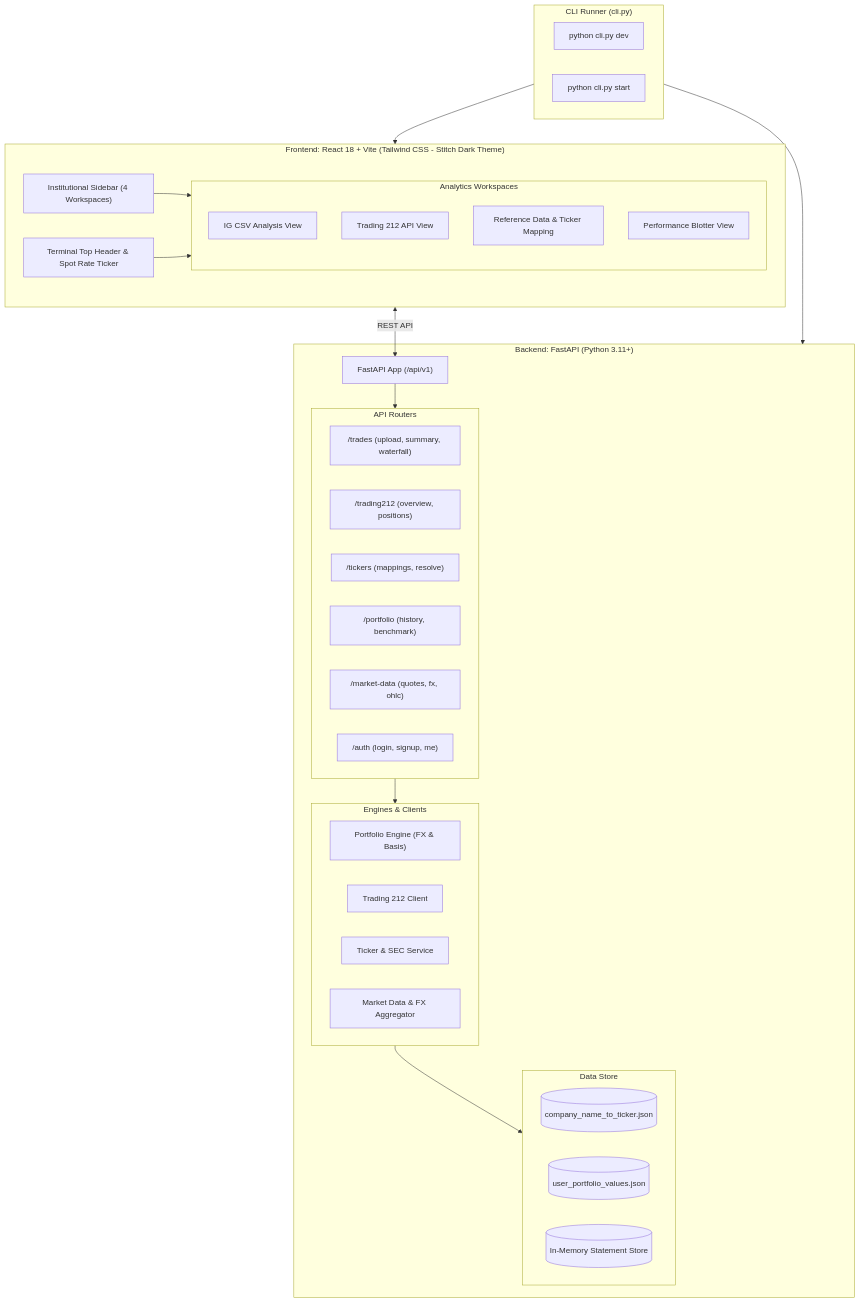
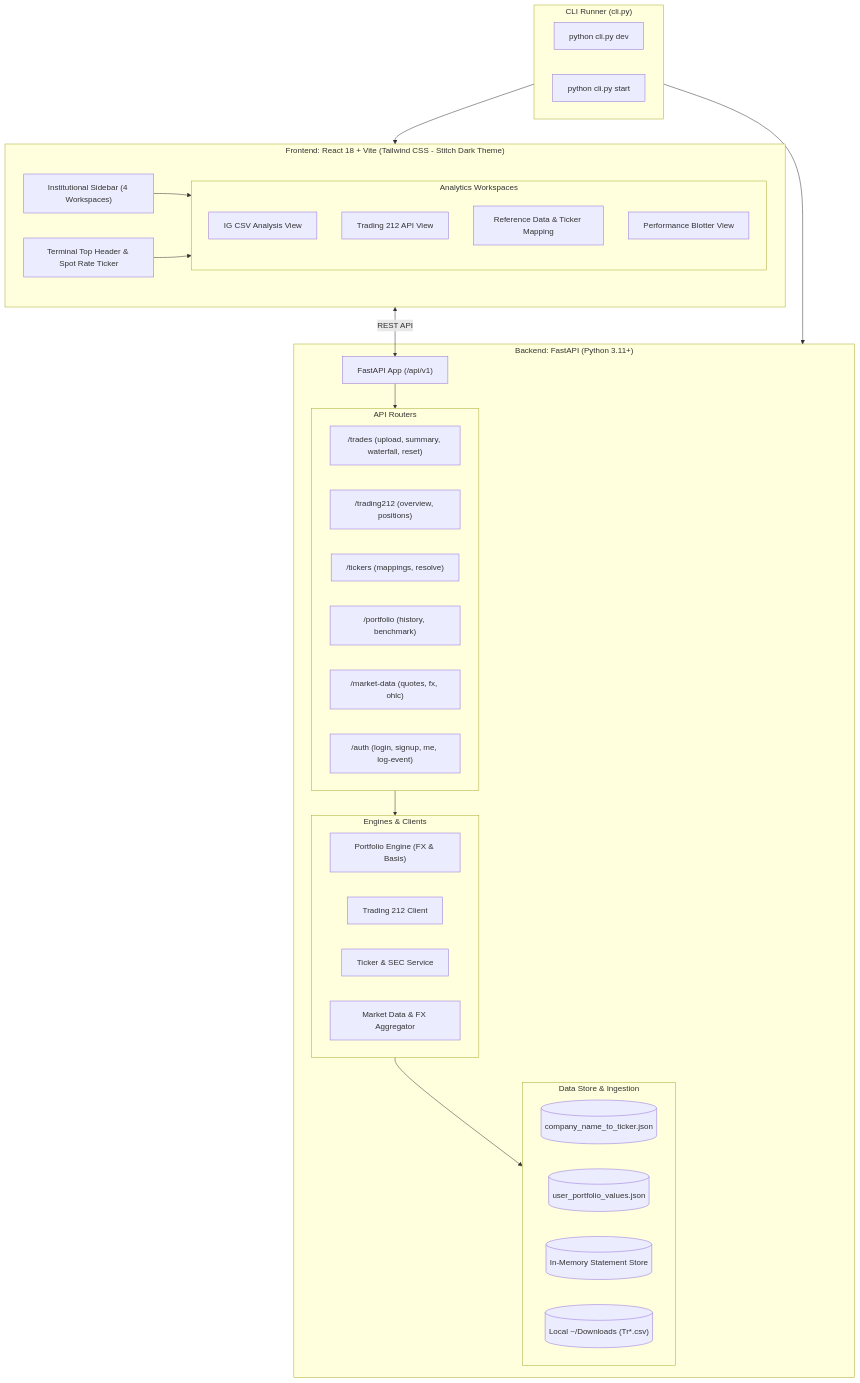
Before and after one commit to kaizhangyahoo/st-my-investment2: the diagram in README.md, drawn with Mermaid. The commit also changed other lines of this file, not shown here.

Commit message:
updated architecture and mention stitich designs

````diff
--- a/README.md
+++ b/README.md
@@ -50,56 +53,57 @@
 ```mermaid
 flowchart TB
     subgraph Client["Frontend: React 18 + Vite (Tailwind CSS - Stitch Dark Theme)"]
         Sidebar["Institutional Sidebar (4 Workspaces)"]
         Header["Terminal Top Header & Spot Rate Ticker"]
         
         subgraph Workspaces["Analytics Workspaces"]
             IGView["IG CSV Analysis View"]
             T212View["Trading 212 API View"]
             RefData["Reference Data & Ticker Mapping"]
             PerfView["Performance Blotter View"]
         end
 
         Sidebar --> Workspaces
         Header --> Workspaces
     end
 
     subgraph CLI["CLI Runner (cli.py)"]
         DevCmd["python cli.py dev"]
         StartCmd["python cli.py start"]
     end
 
     subgraph Server["Backend: FastAPI (Python 3.11+)"]
         API["FastAPI App (/api/v1)"]
         
         subgraph Endpoints["API Routers"]
-            TradesEP["/trades (upload, summary, waterfall)"]
+            TradesEP["/trades (upload, summary, waterfall, reset)"]
             T212EP["/trading212 (overview, positions)"]
             TickersEP["/tickers (mappings, resolve)"]
             PortfolioEP["/portfolio (history, benchmark)"]
             MarketEP["/market-data (quotes, fx, ohlc)"]
-            AuthEP["/auth (login, signup, me)"]
+            AuthEP["/auth (login, signup, me, log-event)"]
         end
 
         subgraph Services["Engines & Clients"]
             Engine["Portfolio Engine (FX & Basis)"]
             T212Svc["Trading 212 Client"]
             TickerSvc["Ticker & SEC Service"]
             MarketSvc["Market Data & FX Aggregator"]
         end
 
-        subgraph Storage["Data Store"]
+        subgraph Storage["Data Store & Ingestion"]
             JSONMap[("company_name_to_ticker.json")]
             JSONValues[("user_portfolio_values.json")]
             MemStore[("In-Memory Statement Store")]
+            LocalDownloads[("Local ~/Downloads (Tr*.csv)")]
         end
 
         API --> Endpoints
         Endpoints --> Services
         Services --> Storage
     end
 
     Client <-->|"REST API"| API
     CLI --> Client
     CLI --> Server
 ```
````
